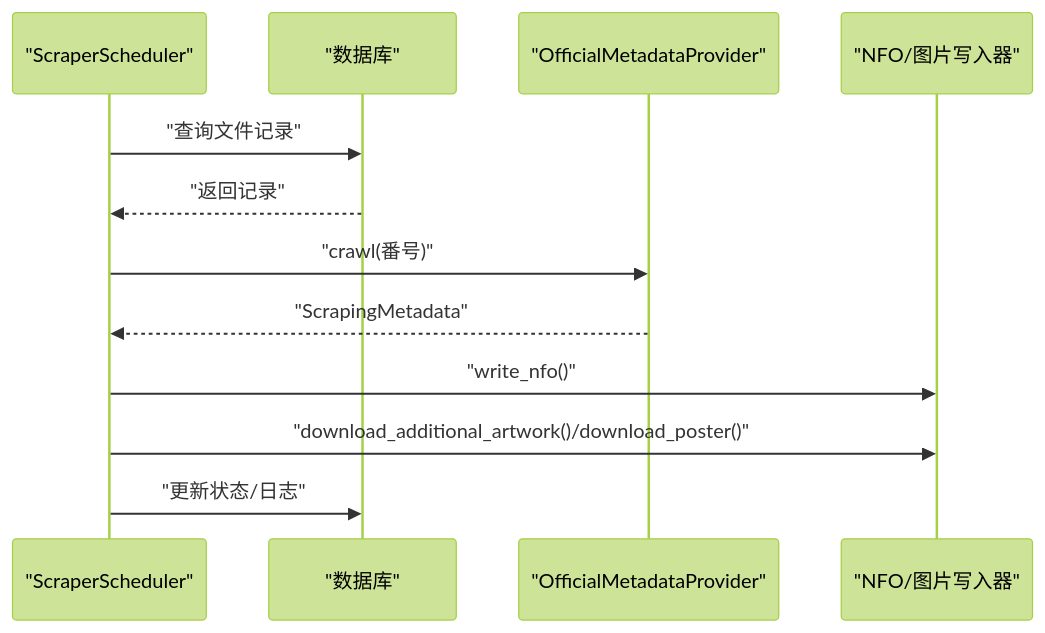
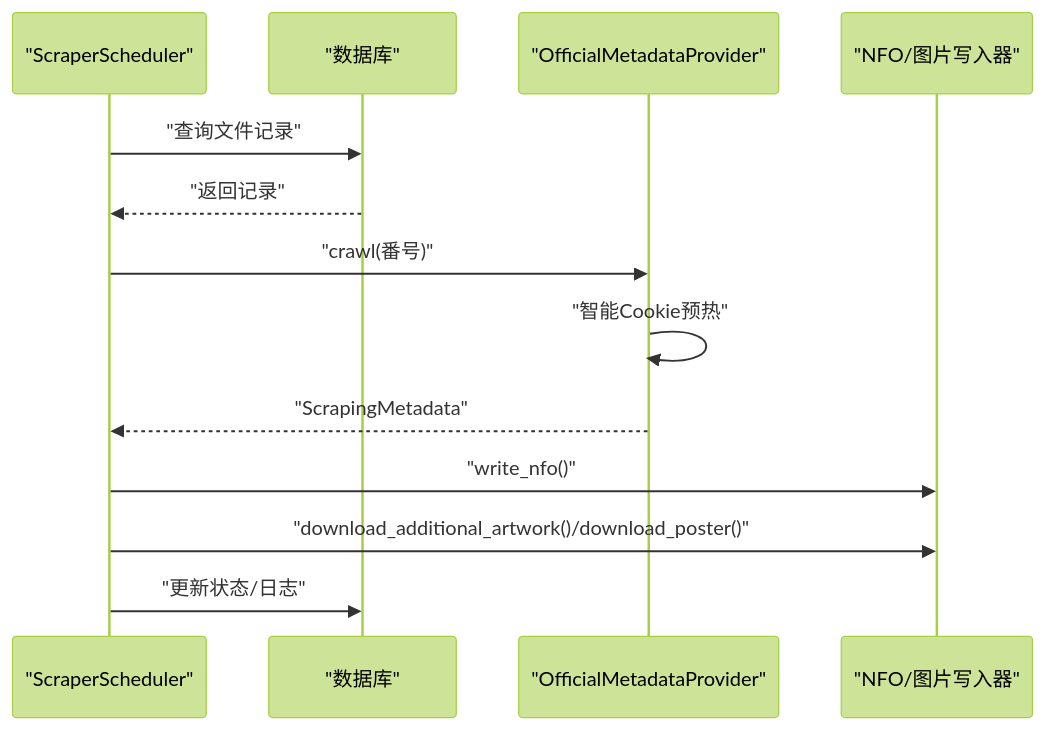
One commit to chnnhhh/noctra changed the sixth of 9 diagrams in .qoder/repowiki/zh/content/核心功能/元数据刮削系统/元数据刮削系统.md. Above: the diagram before and after it, drawn with Mermaid (forest theme). The commit also changed other lines of this file and 5 other files, not shown here.

````diff
--- a/.qoder/repowiki/zh/content/核心功能/元数据刮削系统/元数据刮削系统.md
+++ b/.qoder/repowiki/zh/content/核心功能/元数据刮削系统/元数据刮削系统.md
@@ -283,14 +296,15 @@
 ```mermaid
 sequenceDiagram
 participant S as "ScraperScheduler"
 participant DB as "数据库"
 participant C as "OfficialMetadataProvider"
 participant W as "NFO/图片写入器"
 S->>DB : "查询文件记录"
 DB-->>S : "返回记录"
 S->>C : "crawl(番号)"
+C->>C : "智能Cookie预热"
 C-->>S : "ScrapingMetadata"
 S->>W : "write_nfo()"
 S->>W : "download_additional_artwork()/download_poster()"
 S->>DB : "更新状态/日志"
 ```
````
